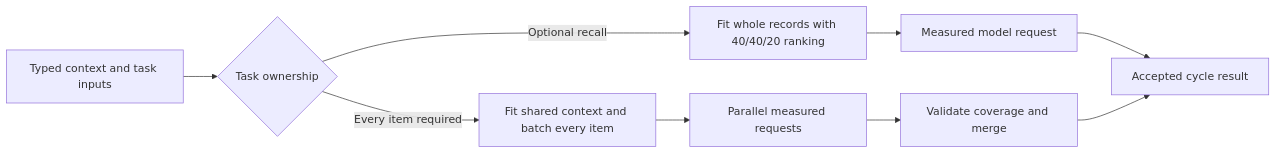
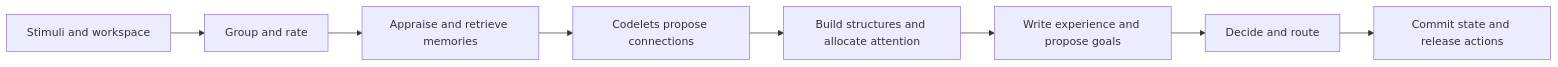
The diagram in docs/subsystems/cognition.md (flamingrickpat/private-machine), drawn with Mermaid before and after one commit. The commit also changed other lines of this file and 445 other files, not shown here.

````diff
--- a/docs/subsystems/cognition.md
+++ b/docs/subsystems/cognition.md
@@ -119,11 +7,10 @@
 ```mermaid
 flowchart LR
-    A[Typed context and task inputs] --> B{Task ownership}
-    B -->|Optional recall| C[Fit whole records with 40/40/20 ranking]
-    B -->|Every item required| D[Fit shared context and batch every item]
-    C --> E[Measured model request]
-    D --> F[Parallel measured requests]
-    F --> G[Validate coverage and merge]
-    E --> H[Accepted cycle result]
-    G --> H
+    A["Stimuli and workspace"] --> B["Group and rate"]
+    B --> C["Appraise and retrieve memories"]
+    C --> D["Codelets propose connections"]
+    D --> E["Build structures and allocate attention"]
+    E --> F["Write experience and propose goals"]
+    F --> G["Decide and route"]
+    G --> H["Commit state and release actions"]
 ```
````
